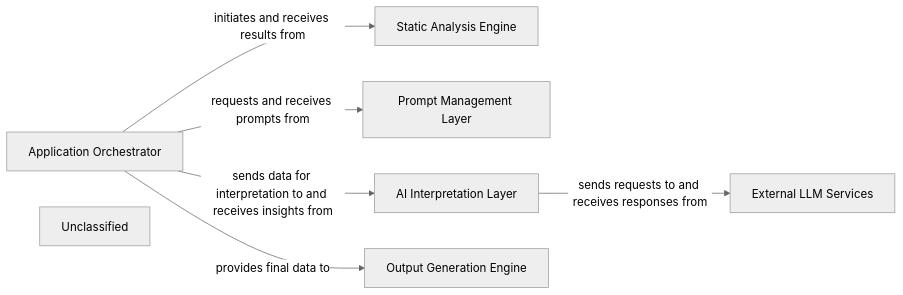
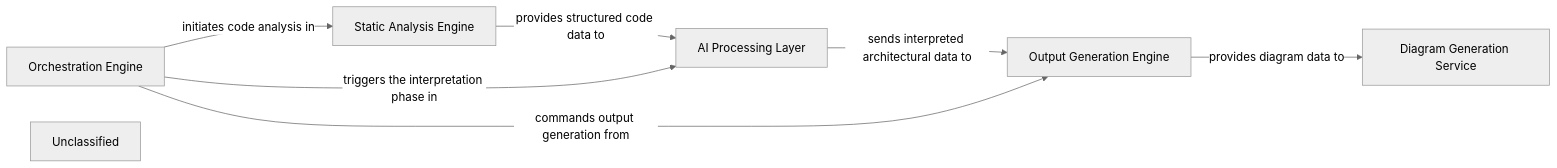
Before and after one commit to CodeBoarding/CodeBoarding: the diagram in .codeboarding/overview.md, drawn with Mermaid (neutral theme). The commit also changed other lines of this file and 21 other files, not shown here.

First line of the commit message:
docs: update codeboarding documentation and generate architecture

````diff
--- a/.codeboarding/overview.md
+++ b/.codeboarding/overview.md
@@ -1,21 +1,20 @@
 ```mermaid
 graph LR
-    Application_Orchestrator["Application Orchestrator"]
+    Orchestration_Engine["Orchestration Engine"]
     Static_Analysis_Engine["Static Analysis Engine"]
-    Prompt_Management_Layer["Prompt Management Layer"]
-    AI_Interpretation_Layer["AI Interpretation Layer"]
+    AI_Processing_Layer["AI Processing Layer"]
     Output_Generation_Engine["Output Generation Engine"]
-    External_LLM_Services["External LLM Services"]
+    Diagram_Generation_Service["Diagram Generation Service"]
     Unclassified["Unclassified"]
-    Application_Orchestrator -- "initiates and receives results from" --> Static_Analysis_Engine
-    Application_Orchestrator -- "requests and receives prompts from" --> Prompt_Management_Layer
-    Application_Orchestrator -- "sends data for interpretation to and receives insights from" --> AI_Interpretation_Layer
-    AI_Interpretation_Layer -- "sends requests to and receives responses from" --> External_LLM_Services
-    Application_Orchestrator -- "provides final data to" --> Output_Generation_Engine
-    click Application_Orchestrator href "https://github.com/CodeBoarding/CodeBoarding/blob/main/.codeboarding/Application_Orchestrator.md" "Details"
+    Orchestration_Engine -- "initiates code analysis in" --> Static_Analysis_Engine
+    Static_Analysis_Engine -- "provides structured code data to" --> AI_Processing_Layer
+    AI_Processing_Layer -- "sends interpreted architectural data to" --> Output_Generation_Engine
+    Output_Generation_Engine -- "provides diagram data to" --> Diagram_Generation_Service
+    Orchestration_Engine -- "triggers the interpretation phase in" --> AI_Processing_Layer
+    Orchestration_Engine -- "commands output generation from" --> Output_Generation_Engine
+    click Orchestration_Engine href "https://github.com/CodeBoarding/CodeBoarding/blob/main/.codeboarding/Orchestration_Engine.md" "Details"
     click Static_Analysis_Engine href "https://github.com/CodeBoarding/CodeBoarding/blob/main/.codeboarding/Static_Analysis_Engine.md" "Details"
-    click Prompt_Management_Layer href "https://github.com/CodeBoarding/CodeBoarding/blob/main/.codeboarding/Prompt_Management_Layer.md" "Details"
-    click AI_Interpretation_Layer href "https://github.com/CodeBoarding/CodeBoarding/blob/main/.codeboarding/AI_Interpretation_Layer.md" "Details"
+    click AI_Processing_Layer href "https://github.com/CodeBoarding/CodeBoarding/blob/main/.codeboarding/AI_Processing_Layer.md" "Details"
     click Output_Generation_Engine href "https://github.com/CodeBoarding/CodeBoarding/blob/main/.codeboarding/Output_Generation_Engine.md" "Details"
-    click External_LLM_Services href "https://github.com/CodeBoarding/CodeBoarding/blob/main/.codeboarding/External_LLM_Services.md" "Details"
+    click Diagram_Generation_Service href "https://github.com/CodeBoarding/CodeBoarding/blob/main/.codeboarding/Diagram_Generation_Service.md" "Details"
 ```
````
